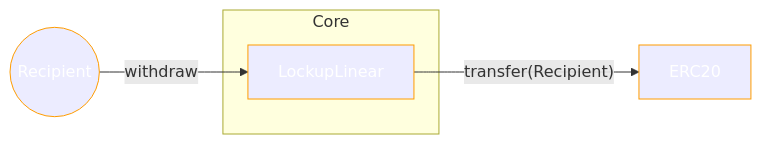
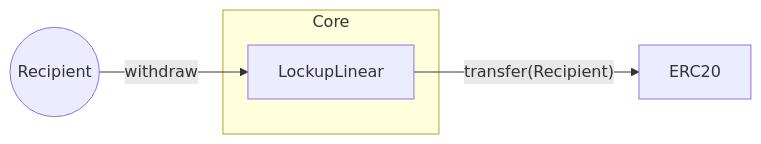
Before and after one commit to sablier-labs/docs: the sixth of 8 diagrams in docs/contracts/v2/reference/02-diagrams.md, drawn with Mermaid. The commit also changed other lines of this file, not shown here.

First line of the commit message:
refactor: split "Diagrams" in two new sections

````diff
--- a/docs/contracts/v2/reference/02-diagrams.md
+++ b/docs/contracts/v2/reference/02-diagrams.md
@@ -172,12 +144,10 @@
 ```mermaid
 flowchart LR
-	classDef object stroke:#ff9C00,color:#ffffff;
   E[ERC20]
   subgraph Core
     LL[LockupLinear]
   end
   R((Recipient))
   R -- "withdraw" --> LL
   LL -- "transfer(Recipient)" --> E
-	class E,R,LL object;
 ```
````
